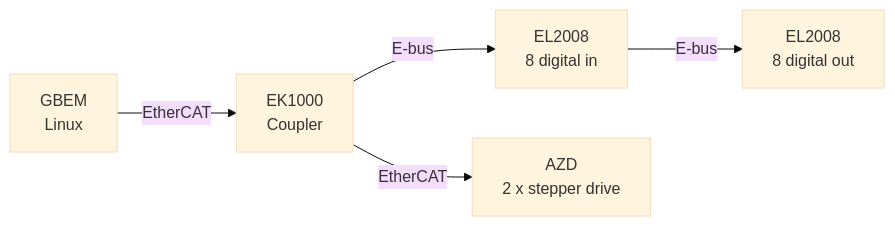
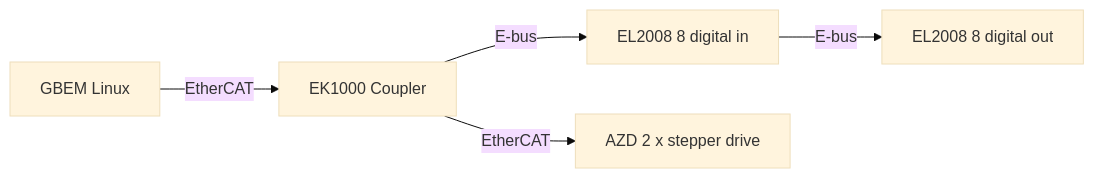
Before and after one commit to glowbuzzer/gbr: the first of 2 diagrams in apps/glowsite/src/content/docs/gbem/configuring_machines.md, drawn with Mermaid (base theme). The commit also changed other lines of this file and 42 other files, not shown here.

`````diff
--- a/apps/glowsite/src/content/docs/gbem/configuring_machines.md
+++ b/apps/glowsite/src/content/docs/gbem/configuring_machines.md
@@ -136,6 +136,6 @@
 ````mermaid
 graph LR
-id1[GBEM <br> Linux]--EtherCAT-->id2[EK1000 <br> Coupler]--E-bus-->id3[EL2008 <br> 8 digital in]--E-bus-->id4[EL2008 <br> 8 digital out];
+id1[GBEM  Linux]--EtherCAT-->id2[EK1000  Coupler]--E-bus-->id3[EL2008  8 digital in]--E-bus-->id4[EL2008  8 digital out];
 
-id2--EtherCAT-->id5[AZD <br> 2 x stepper drive];
+id2--EtherCAT-->id5[AZD  2 x stepper drive];
 ````
`````
